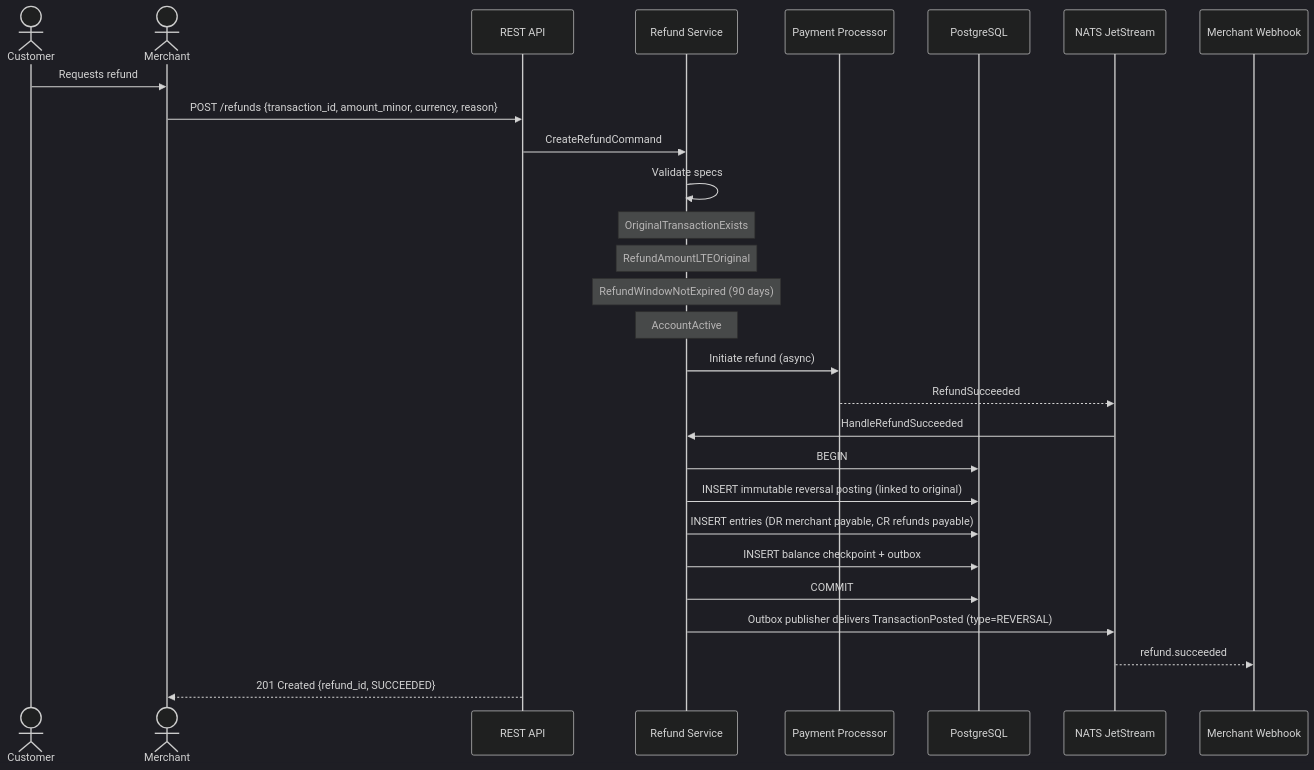
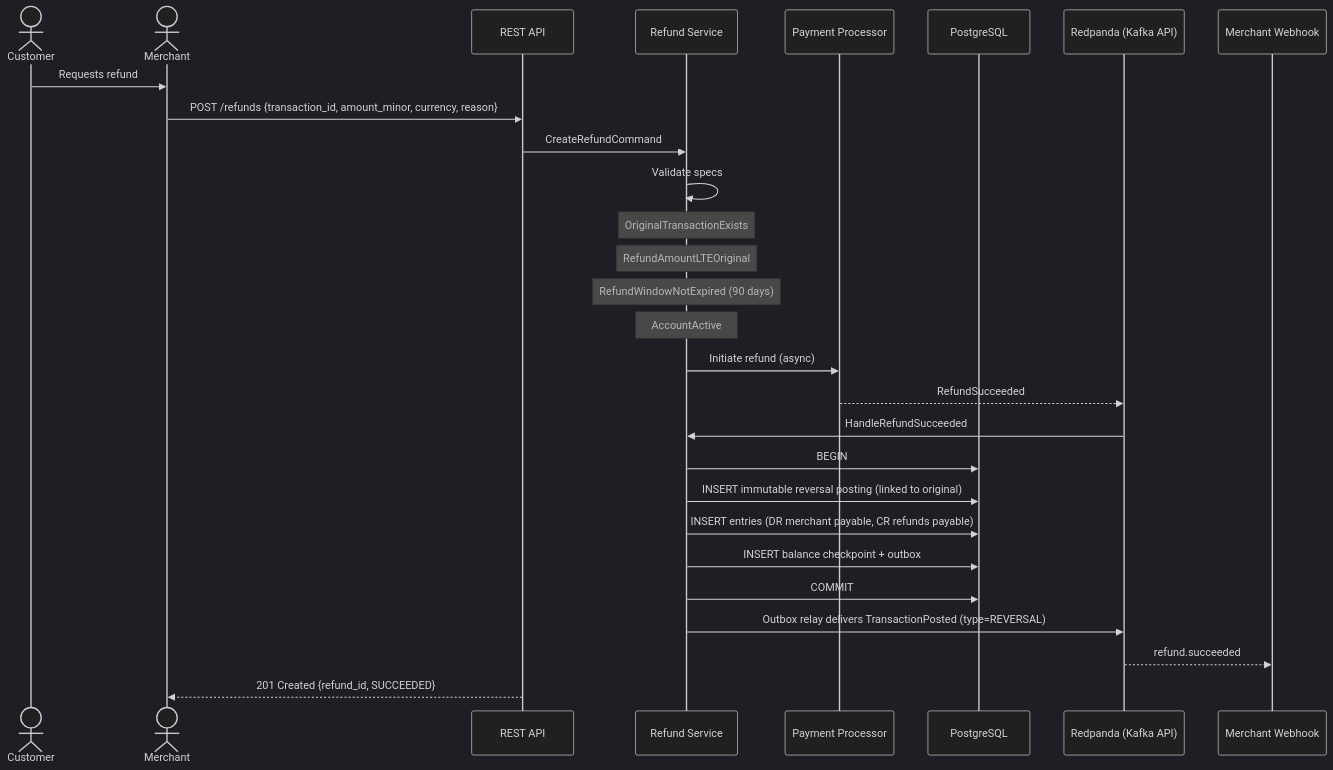
One commit to kadekutama/go-template changed the fourth of 7 diagrams in docs/user-journeys.md. Above: the diagram before and after it, drawn with Mermaid (dark theme). The commit also changed other lines of this file and 48 other files, not shown here.

First line of the commit message:
feat(arch): distributed architecture evolution & hybrid migration planning

````diff
--- a/docs/user-journeys.md
+++ b/docs/user-journeys.md
@@ -179,31 +179,31 @@
 ```mermaid
 sequenceDiagram
     actor Customer
     actor Merchant
     participant API as REST API
     participant Ledger as Refund Service
     participant PP as Payment Processor
     participant PG as PostgreSQL
-    participant NATS as NATS JetStream
+    participant Redpanda as Redpanda (Kafka API)
     participant Webhook as Merchant Webhook
 
     Customer->>Merchant: Requests refund
     Merchant->>API: POST /refunds {transaction_id, amount_minor, currency, reason}
     API->>Ledger: CreateRefundCommand
     Ledger->>Ledger: Validate specs
     Note over Ledger: OriginalTransactionExists
     Note over Ledger: RefundAmountLTEOriginal
     Note over Ledger: RefundWindowNotExpired (90 days)
     Note over Ledger: AccountActive
     Ledger->>PP: Initiate refund (async)
-    PP-->>NATS: RefundSucceeded
-    NATS->>Ledger: HandleRefundSucceeded
+    PP-->>Redpanda: RefundSucceeded
+    Redpanda->>Ledger: HandleRefundSucceeded
     Ledger->>PG: BEGIN
     Ledger->>PG: INSERT immutable reversal posting (linked to original)
     Ledger->>PG: INSERT entries (DR merchant payable, CR refunds payable)
     Ledger->>PG: INSERT balance checkpoint + outbox
     Ledger->>PG: COMMIT
-    Ledger->>NATS: Outbox publisher delivers TransactionPosted (type=REVERSAL)
-    NATS-->>Webhook: refund.succeeded
+    Ledger->>Redpanda: Outbox relay delivers TransactionPosted (type=REVERSAL)
+    Redpanda-->>Webhook: refund.succeeded
     API-->>Merchant: 201 Created {refund_id, SUCCEEDED}
 ```
````
